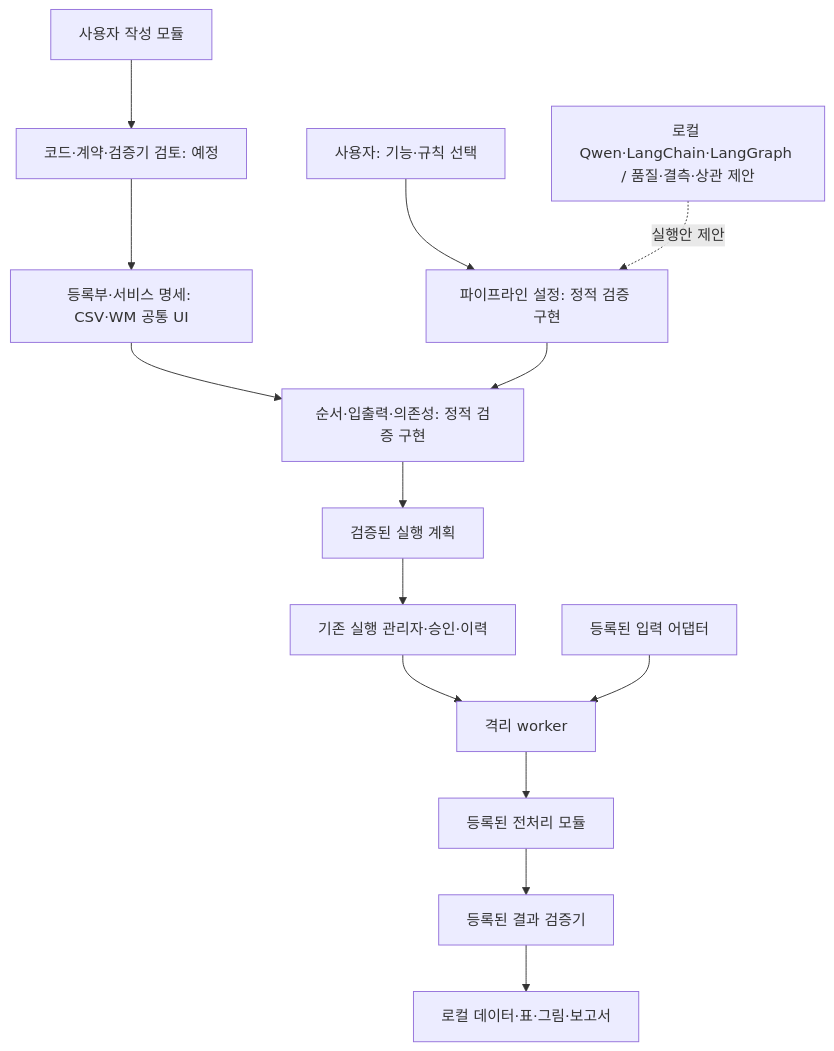
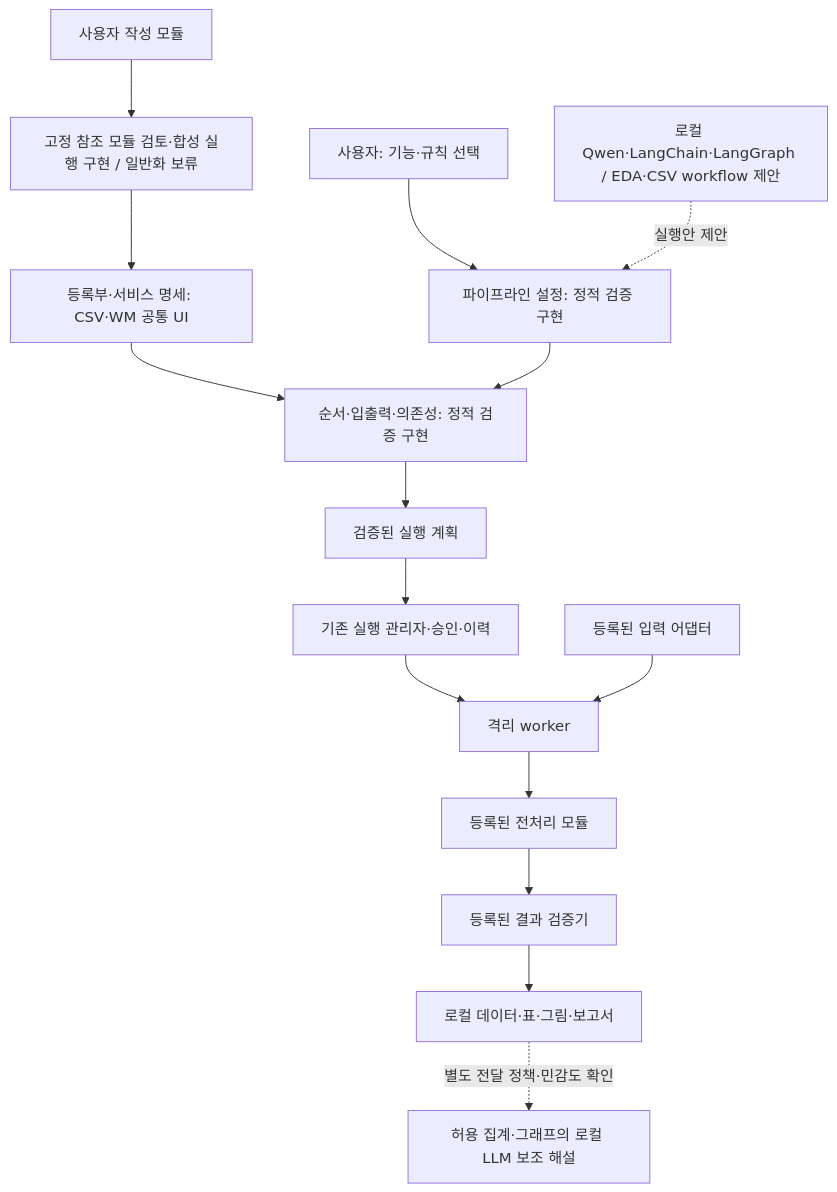
One commit to didgustmd23/waferguard changed the second of 2 diagrams in docs/agents/ARCHITECTURE.md. Above: the diagram before and after it, drawn with Mermaid. The commit also changed other lines of this file and 9 other files, not shown here.

First line of the commit message:
feat: CSV 및 LLM 실행안 관련 기능 구현 및 문서 업데이트

````diff
--- a/docs/agents/ARCHITECTURE.md
+++ b/docs/agents/ARCHITECTURE.md
@@ -57,16 +57,17 @@
 ```mermaid
 flowchart TD
     U[사용자: 기능·규칙 선택] --> CFG[파이프라인 설정: 정적 검증 구현]
-    L[로컬 Qwen·LangChain·LangGraph / 품질·결측·상관 제안] -. 실행안 제안 .-> CFG
+    L[로컬 Qwen·LangChain·LangGraph / EDA·CSV workflow 제안] -. 실행안 제안 .-> CFG
     REG[등록부·서비스 명세: CSV·WM 공통 UI] --> CHECK[순서·입출력·의존성: 정적 검증 구현]
     CFG --> CHECK
     CHECK --> PLAN[검증된 실행 계획]
     PLAN --> EXEC[기존 실행 관리자·승인·이력]
     EXEC --> WORK[격리 worker]
     AD[등록된 입력 어댑터] --> WORK
     WORK --> MOD[등록된 전처리 모듈]
     MOD --> VAL[등록된 결과 검증기]
     VAL --> OUT[로컬 데이터·표·그림·보고서]
-    CUSTOM[사용자 작성 모듈] --> REVIEW[코드·계약·검증기 검토: 예정]
+    CUSTOM[사용자 작성 모듈] --> REVIEW[고정 참조 모듈 검토·합성 실행 구현 / 일반화 보류]
     REVIEW --> REG
+    OUT -. 별도 전달 정책·민감도 확인 .-> COMMENT[허용 집계·그래프의 로컬 LLM 보조 해설]
 ```
````
